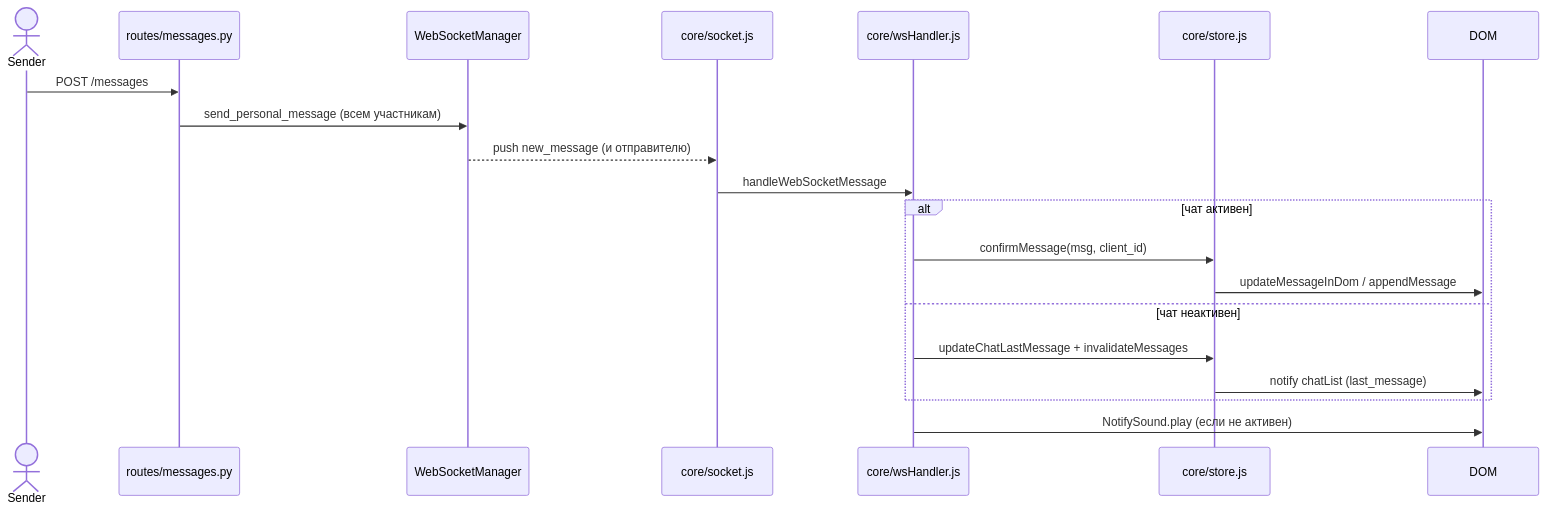
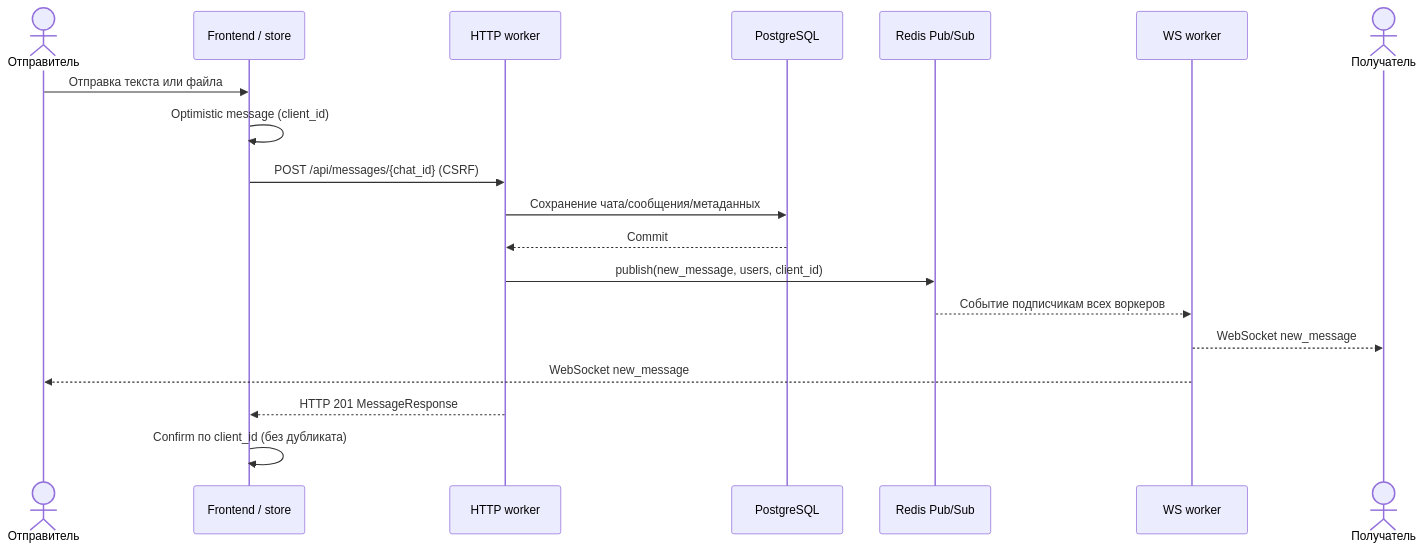
The third of 6 diagrams in docs/data_flow.md (ITouch228/fastapi-realtime-messenger), drawn with Mermaid before and after one commit. The commit also changed other lines of this file and 8 other files, not shown here.

First line of the commit message:
docs: актуализировать README, диаграммы и правила Git (#14)

````diff
--- a/docs/data_flow.md
+++ b/docs/data_flow.md
@@ -253,23 +53,21 @@
 ```mermaid
 sequenceDiagram
-    actor Sender
-    participant API as routes/messages.py
-    participant WSM as WebSocketManager
-    participant WS as core/socket.js
-    participant H as core/wsHandler.js
-    participant Store as core/store.js
-    participant DOM as DOM
-
-    Sender->>API: POST /messages
-    API->>WSM: send_personal_message (всем участникам)
-    WSM-->>WS: push new_message (и отправителю)
-    WS->>H: handleWebSocketMessage
-    alt чат активен
-        H->>Store: confirmMessage(msg, client_id)
-        Store->>DOM: updateMessageInDom / appendMessage
-    else чат неактивен
-        H->>Store: updateChatLastMessage + invalidateMessages
-        Store->>DOM: notify chatList (last_message)
-    end
-    H->>DOM: NotifySound.play (если не активен)
+    actor A as Отправитель
+    participant C as Frontend / store
+    participant H as HTTP worker
+    participant PG as PostgreSQL
+    participant R as Redis Pub/Sub
+    participant W as WS worker
+    actor B as Получатель
+    A->>C: Отправка текста или файла
+    C->>C: Optimistic message (client_id)
+    C->>H: POST /api/messages/{chat_id} (CSRF)
+    H->>PG: Сохранение чата/сообщения/метаданных
+    PG-->>H: Commit
+    H->>R: publish(new_message, users, client_id)
+    R-->>W: Событие подписчикам всех воркеров
+    W-->>B: WebSocket new_message
+    W-->>A: WebSocket new_message
+    H-->>C: HTTP 201 MessageResponse
+    C->>C: Confirm по client_id (без дубликата)
 ```
````
